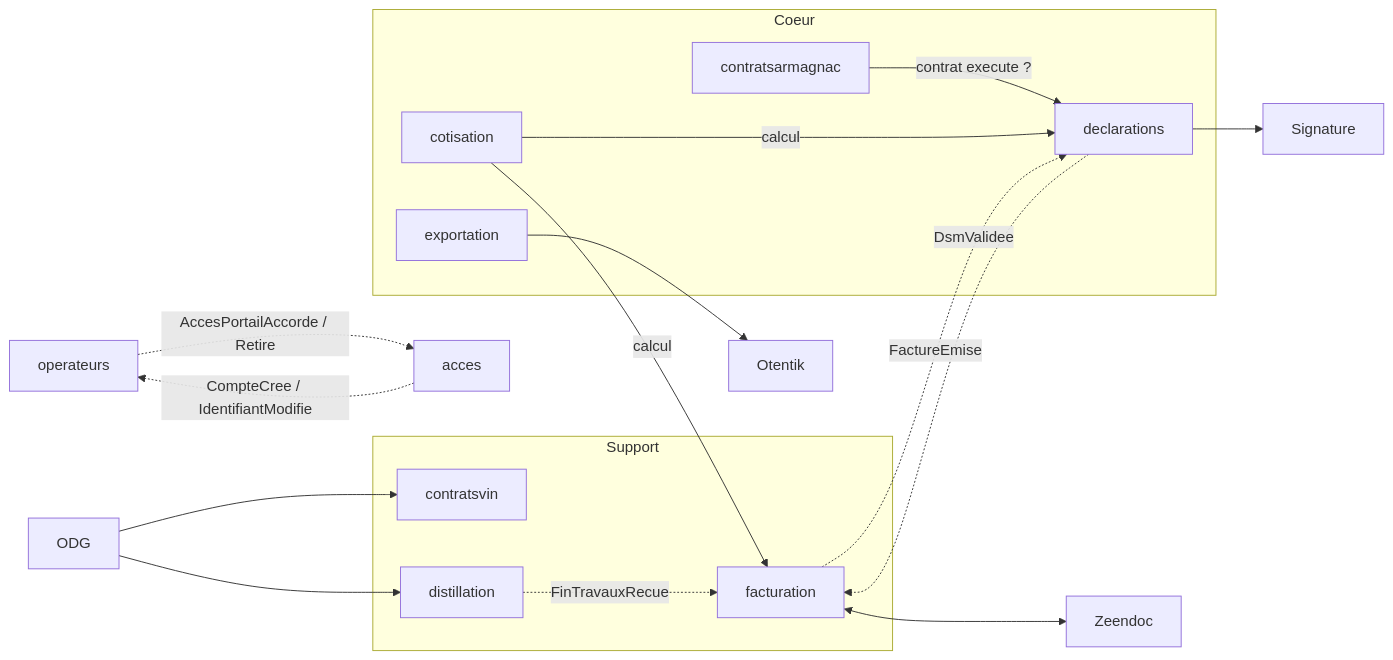
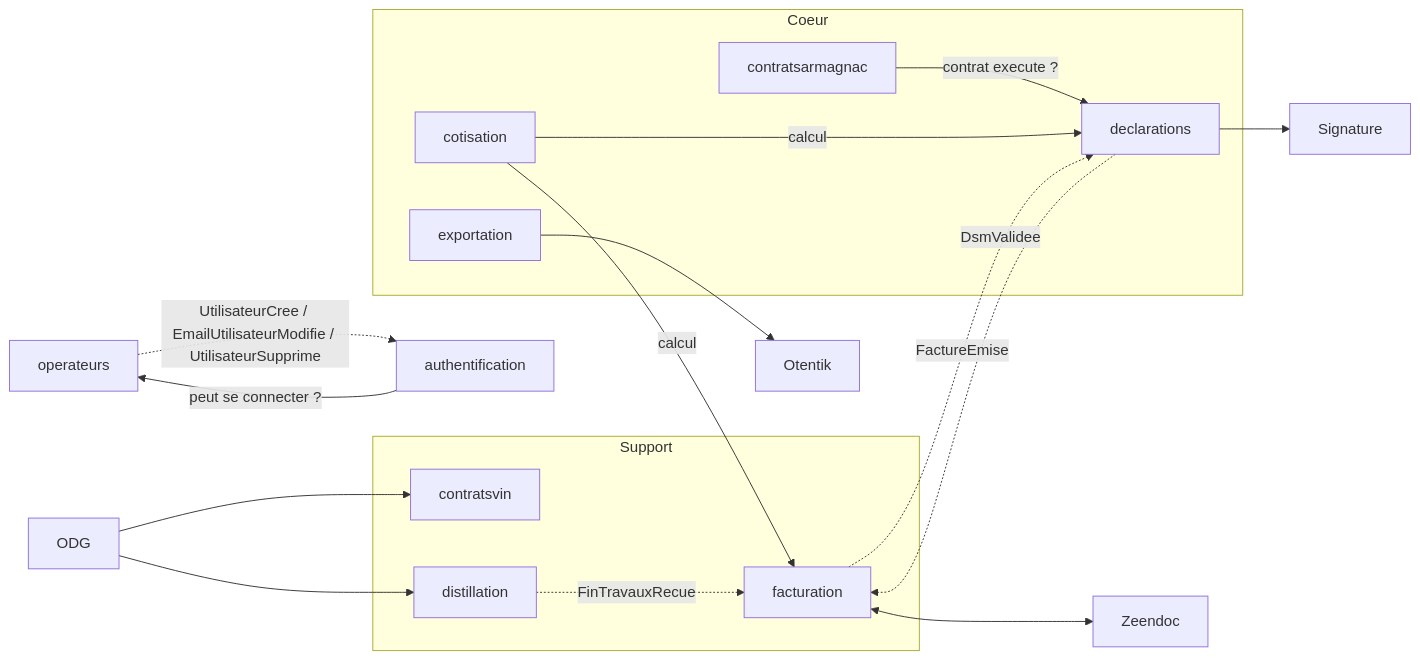
The diagram in docs/contextes.md (izidoor/demo-armagnac), drawn with Mermaid before and after one commit. The commit also changed other lines of this file and 9 other files, not shown here.

````diff
--- a/docs/contextes.md
+++ b/docs/contextes.md
@@ -179,37 +185,37 @@
 ```mermaid
 flowchart LR
   ODG["ODG"]
   ZEE[Zeendoc]
   OTE[Otentik]
   SIG["Signature"]
 
   OPE[operateurs]
-  ACC[acces]
-  OPE -.->|"AccesPortailAccorde / Retire"| ACC
-  ACC -.->|"CompteCree / IdentifiantModifie"| OPE
+  AUT[authentification]
+  AUT -->|"peut se connecter ?"| OPE
+  OPE -.->|"UtilisateurCree / EmailUtilisateurModifie / UtilisateurSupprime"| AUT
 
   subgraph Coeur
     DEC[declarations]
     COT[cotisation]
     EXP[exportation]
     CAR[contratsarmagnac]
   end
 
   subgraph Support
     FAC[facturation]
     CVI[contratsvin]
     DIS[distillation]
   end
 
   ODG --> CVI
   ODG --> DIS
   CAR -->|"contrat execute ?"| DEC
   COT -->|"calcul"| DEC
   COT -->|"calcul"| FAC
   DEC -.->|"DsmValidee"| FAC
   DIS -.->|"FinTravauxRecue"| FAC
   FAC -.->|"FactureEmise"| DEC
   FAC <--> ZEE
   DEC --> SIG
   EXP --> OTE
 ```
````
